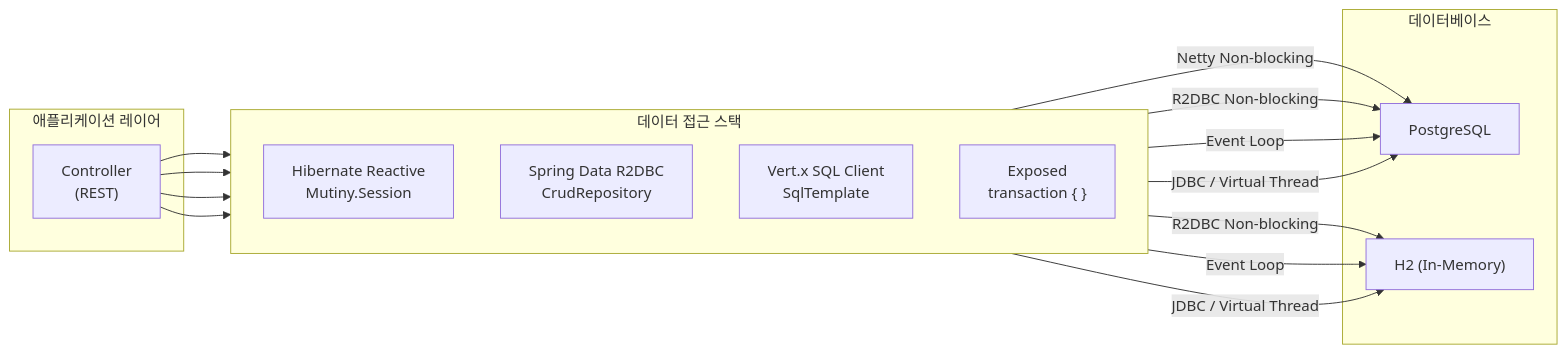
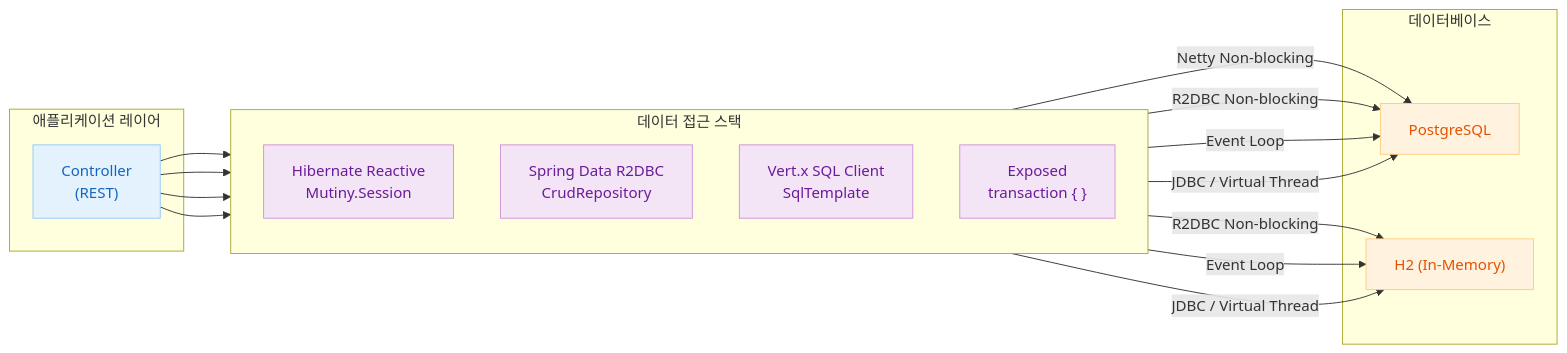
Before and after one commit to bluetape4k/exposed-workshop: the diagram in 02-alternatives-to-jpa/README.md, drawn with Mermaid. The commit also changed 56 other files, not shown here.

First line of the commit message:
docs: 전체 README mermaid 다이어그램에 파스텔 톤 색상 적용

````diff
--- a/02-alternatives-to-jpa/README.md
+++ b/02-alternatives-to-jpa/README.md
@@ -40,25 +40,33 @@
 ```mermaid
 flowchart LR
     subgraph App["애플리케이션 레이어"]
         Controller["Controller\n(REST)"]
     end
 
     subgraph Stacks["데이터 접근 스택"]
         direction TB
         HR["Hibernate Reactive\nMutiny.Session"]
         R2["Spring Data R2DBC\nCrudRepository"]
         VX["Vert.x SQL Client\nSqlTemplate"]
         EX["Exposed\ntransaction { }"]
     end
 
     subgraph DB["데이터베이스"]
         PG["PostgreSQL"]
         H2["H2 (In-Memory)"]
     end
 
     Controller --> HR & R2 & VX & EX
     HR -->|Netty Non-blocking| PG
     R2 -->|R2DBC Non-blocking| PG & H2
     VX -->|Event Loop| PG & H2
     EX -->|JDBC / Virtual Thread| PG & H2
+
+    classDef blue fill:#E3F2FD,stroke:#90CAF9,color:#1565C0
+    classDef purple fill:#F3E5F5,stroke:#CE93D8,color:#6A1B9A
+    classDef orange fill:#FFF3E0,stroke:#FFCC80,color:#E65100
+
+    class Controller blue
+    class HR,R2,VX,EX purple
+    class PG,H2 orange
 ```
````
